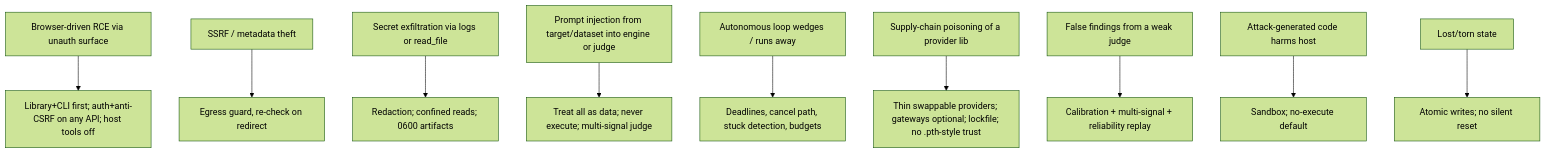
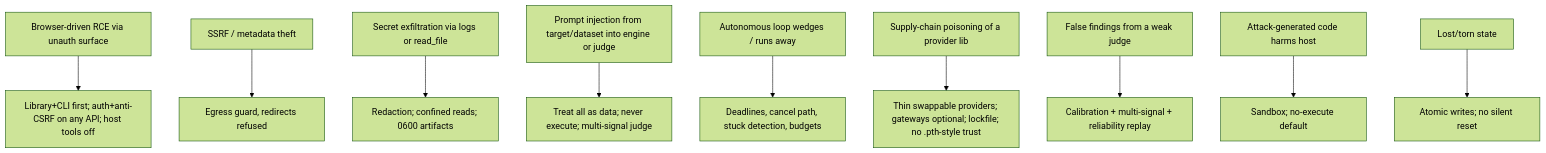
One commit to Aevrin-ai/modelWrecker changed the first of 2 diagrams in docs/security/THREAT-MODEL.md. Above: the diagram before and after it, drawn with Mermaid (forest theme). The commit also changed other lines of this file and 54 other files, not shown here.

````diff
--- a/docs/security/THREAT-MODEL.md
+++ b/docs/security/THREAT-MODEL.md
@@ -27,12 +27,12 @@
 ```mermaid
 flowchart TD
   T1[Browser-driven RCE via unauth surface] --> C1[Library+CLI first; auth+anti-CSRF on any API; host tools off]
-  T2[SSRF / metadata theft] --> C2[Egress guard, re-check on redirect]
+  T2[SSRF / metadata theft] --> C2[Egress guard, redirects refused]
   T3[Secret exfiltration via logs or read_file] --> C3[Redaction; confined reads; 0600 artifacts]
   T4[Prompt injection from target/dataset into engine or judge] --> C4[Treat all as data; never execute; multi-signal judge]
   T5[Autonomous loop wedges / runs away] --> C5[Deadlines, cancel path, stuck detection, budgets]
   T6[Supply-chain poisoning of a provider lib] --> C6[Thin swappable providers; gateways optional; lockfile; no .pth-style trust]
   T7[False findings from a weak judge] --> C7[Calibration + multi-signal + reliability replay]
   T8[Attack-generated code harms host] --> C8[Sandbox; no-execute default]
   T9[Lost/torn state] --> C9[Atomic writes; no silent reset]
 ```
````
